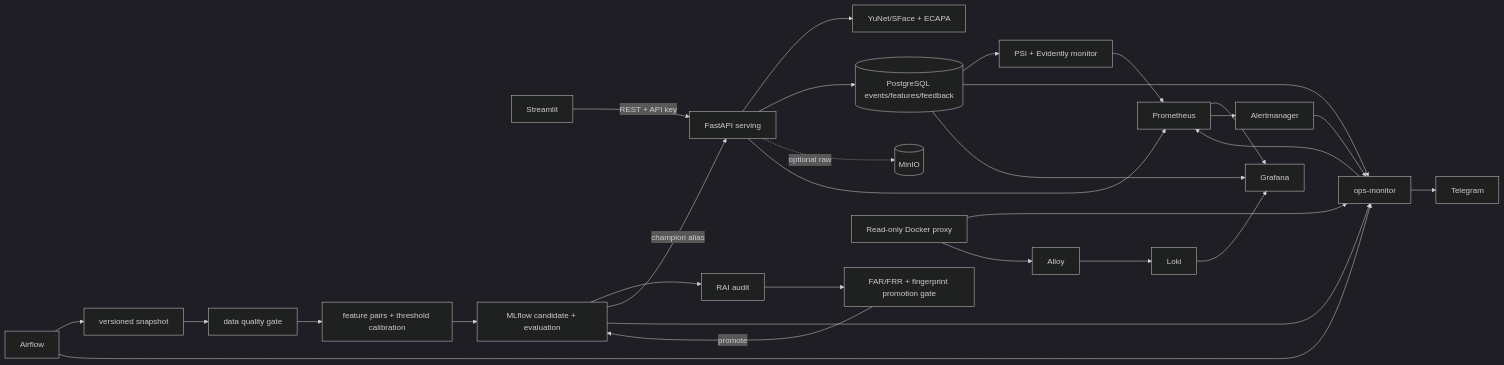
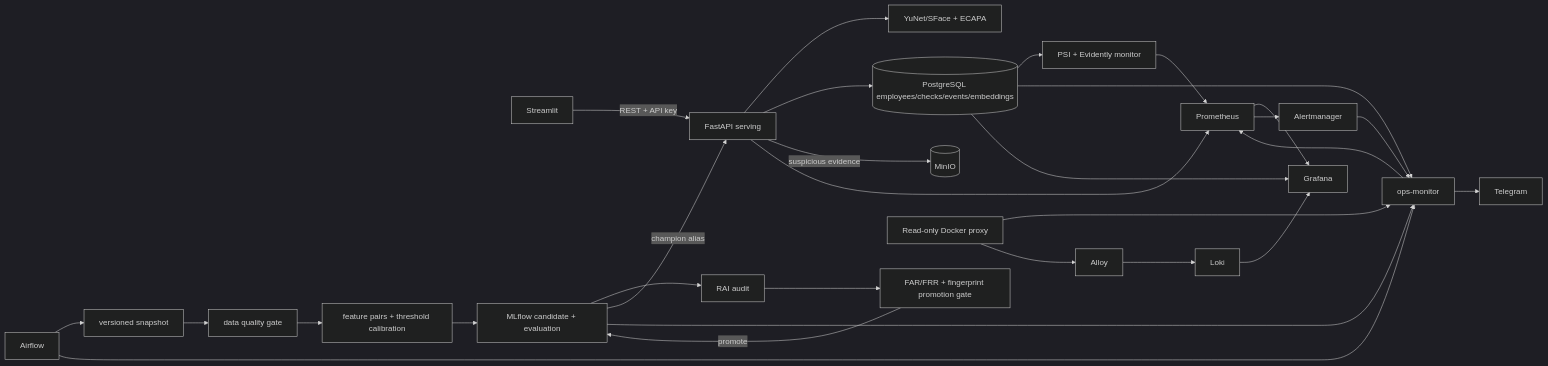
One commit to FSB-MSA36HN/DDM501-face-voice-proctoring changed the diagram in ARCHITECTURE.md. Above: the diagram before and after it, drawn with Mermaid (dark theme). The commit also changed other lines of this file and 22 other files, not shown here.

````diff
--- a/ARCHITECTURE.md
+++ b/ARCHITECTURE.md
@@ -3,24 +8,24 @@
 ```mermaid
 flowchart LR
   UI[Streamlit] -->|REST + API key| API[FastAPI serving]
   API --> EMB[YuNet/SFace + ECAPA]
-  API --> PG[(PostgreSQL events/features/feedback)]
-  API -. optional raw .-> S3[(MinIO)]
+  API --> PG[(PostgreSQL employees/checks/events/embeddings)]
+  API -->|suspicious evidence| S3[(MinIO)]
   AF[Airflow] --> SNAP[versioned snapshot]
   SNAP --> DQ[data quality gate] --> TRAIN[feature pairs + threshold calibration]
   TRAIN --> MF[MLflow candidate + evaluation]
   MF --> RAI[RAI audit] --> EVAL[FAR/FRR + fingerprint promotion gate]
   EVAL -->|promote| MF
   MF -->|champion alias| API
   API --> PROM[Prometheus]
   PG --> DM[PSI + Evidently monitor]
   DM --> PROM --> GF[Grafana]
   PROM --> AM[Alertmanager]
   AM --> OPS[ops-monitor] --> TG[Telegram]
   MF --> OPS
   AF --> OPS
   PG --> OPS --> PROM
   Docker[Read-only Docker proxy] --> OPS
   Docker --> Alloy --> Loki --> GF
   PG --> GF
 ```
````
